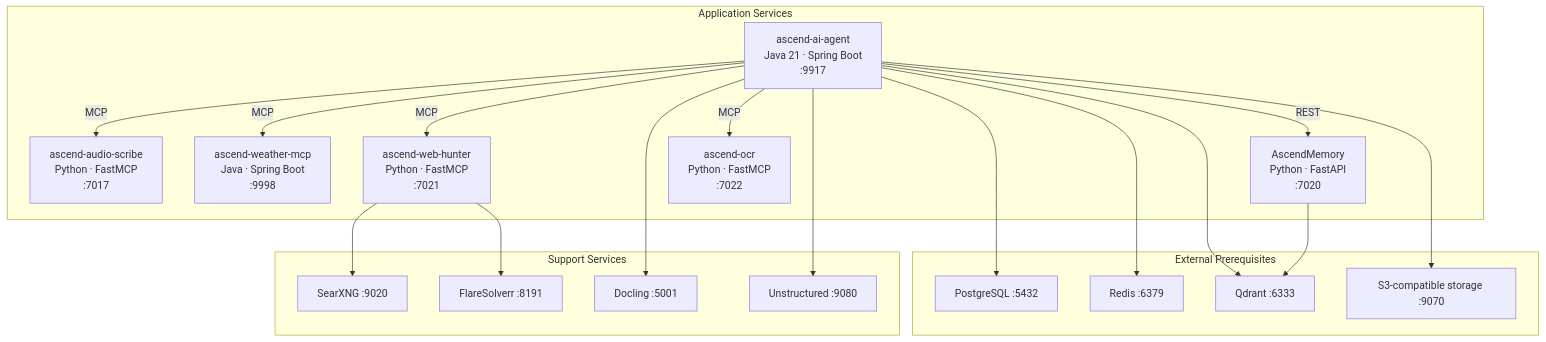
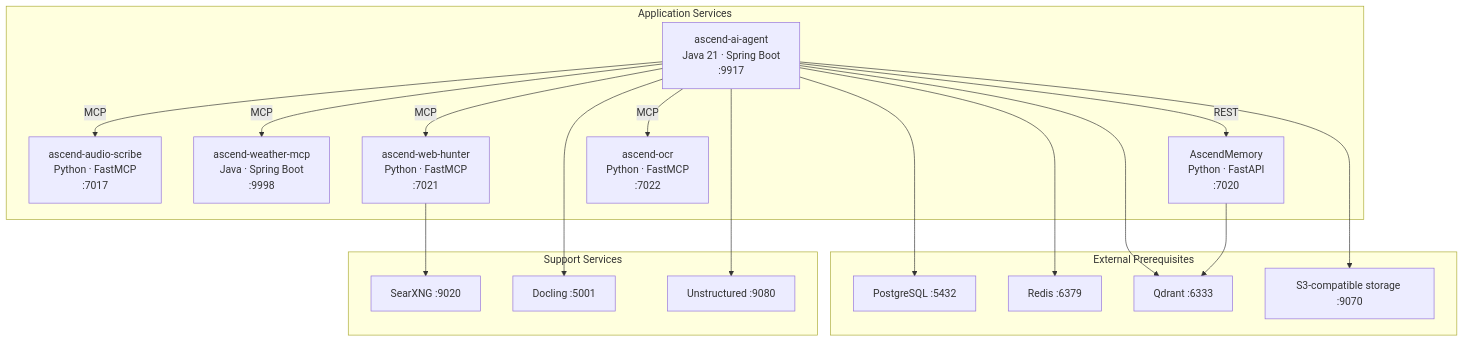
Before and after one commit to Lukk17/AscendAI: the first of 3 diagrams in docs/architecture/arc42/03-building-blocks.md, drawn with Mermaid. The commit also changed 17 other files, not shown here.

Commit message:
docs: align root documents, the defect register and the web-hunter skill

````diff
--- a/docs/architecture/arc42/03-building-blocks.md
+++ b/docs/architecture/arc42/03-building-blocks.md
@@ -7,40 +7,38 @@
 ```mermaid
 graph TB
     subgraph "Application Services"
         Agent["ascend-ai-agent<br/>Java 21 · Spring Boot<br/>:9917"]
         AudioScribe["ascend-audio-scribe<br/>Python · FastMCP<br/>:7017"]
         Weather["ascend-weather-mcp<br/>Java · Spring Boot<br/>:9998"]
         WebHunter["ascend-web-hunter<br/>Python · FastMCP<br/>:7021"]
         Memory["AscendMemory<br/>Python · FastAPI<br/>:7020"]
         PaddleOCR["ascend-ocr<br/>Python · FastMCP<br/>:7022"]
     end
 
     subgraph "External Prerequisites"
         Postgres["PostgreSQL :5432"]
         Redis["Redis :6379"]
         Qdrant["Qdrant :6333"]
         S3["S3-compatible storage :9070"]
     end
 
     subgraph "Support Services"
         SearXNG["SearXNG :9020"]
-        Flare["FlareSolverr :8191"]
         Docling["Docling :5001"]
         Unstructured["Unstructured :9080"]
     end
 
     Agent -->|"MCP"| AudioScribe
     Agent -->|"MCP"| Weather
     Agent -->|"MCP"| WebHunter
     Agent -->|"MCP"| PaddleOCR
     Agent -->|"REST"| Memory
     Agent --> Postgres
     Agent --> Redis
     Agent --> Qdrant
     Agent --> S3
     Agent --> Docling
     Agent --> Unstructured
     WebHunter --> SearXNG
-    WebHunter --> Flare
     Memory --> Qdrant
 ```
````
